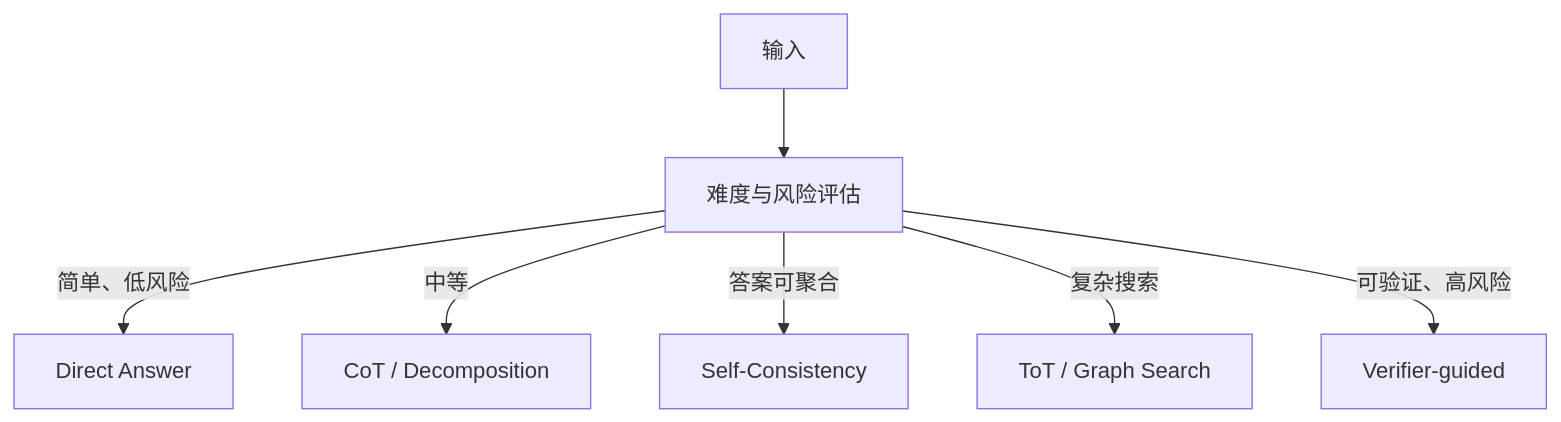
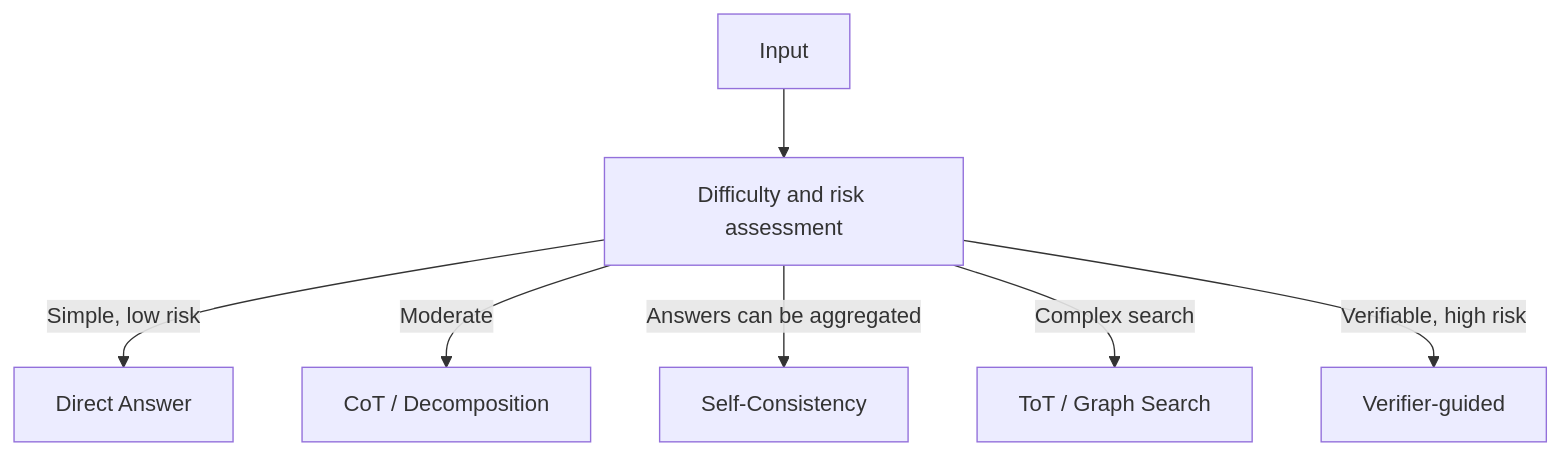
One commit to oneleaveknowsthefall/awesome-ai-roadmap changed diagram 15 of 17 in docs/agent/02-reasoning-planning/05-agent-reasoning-methods.md. Above: the diagram before and after it, drawn with Mermaid. The commit also changed other lines of this file and 68 other files, not shown here.

````diff
--- a/docs/agent/02-reasoning-planning/05-agent-reasoning-methods.md
+++ b/docs/agent/02-reasoning-planning/05-agent-reasoning-methods.md
@@ -680,9 +680,9 @@
 ```mermaid
 flowchart TB
-    Q[输入] --> E[难度与风险评估]
-    E -->|简单、低风险| D[Direct Answer]
-    E -->|中等| C[CoT / Decomposition]
-    E -->|答案可聚合| S[Self-Consistency]
-    E -->|复杂搜索| T[ToT / Graph Search]
-    E -->|可验证、高风险| V[Verifier-guided]
+    Q[Input] --> E[Difficulty and risk assessment]
+    E -->|Simple, low risk| D[Direct Answer]
+    E -->|Moderate| C[CoT / Decomposition]
+    E -->|Answers can be aggregated| S[Self-Consistency]
+    E -->|Complex search| T[ToT / Graph Search]
+    E -->|Verifiable, high risk| V[Verifier-guided]
 ```
````
